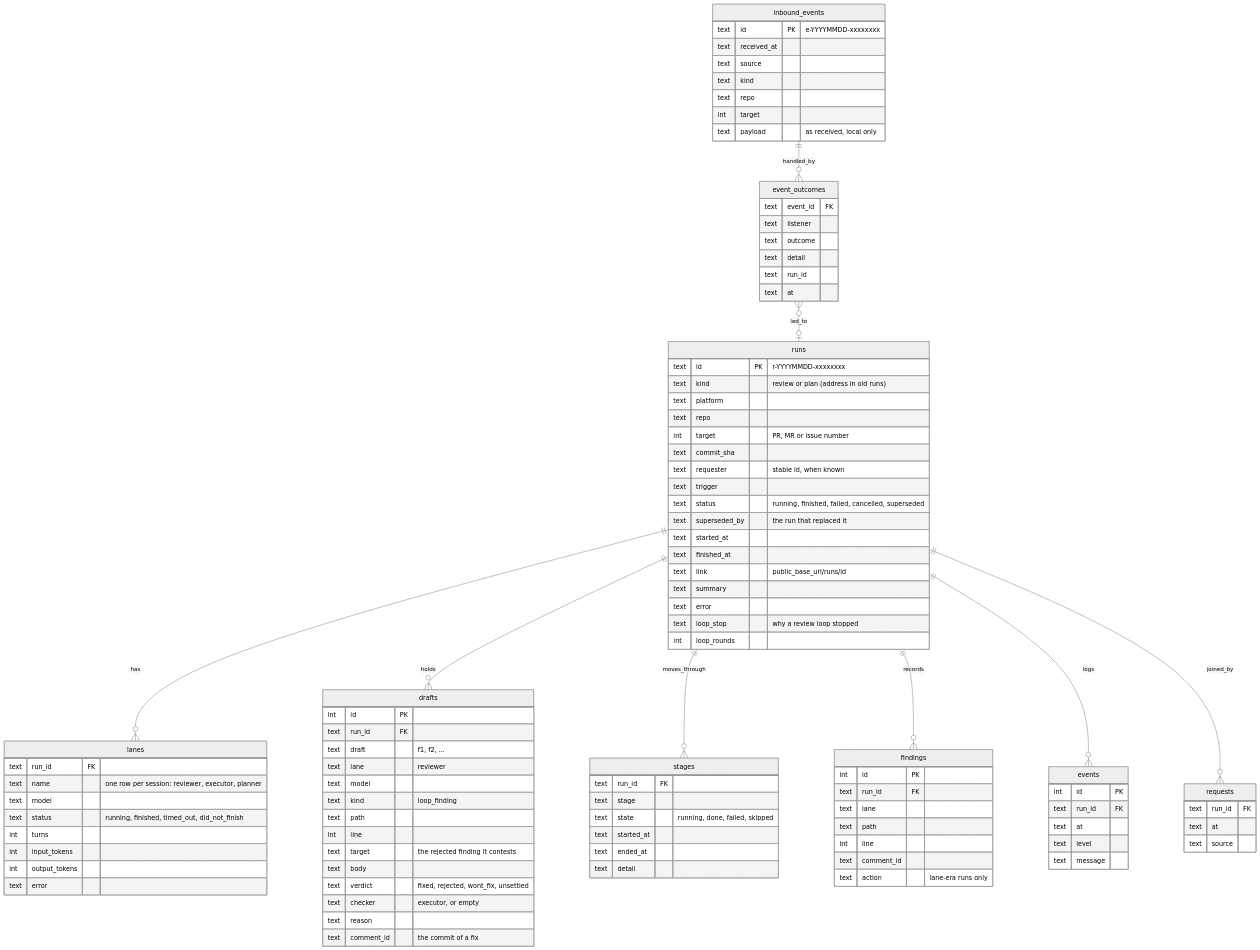
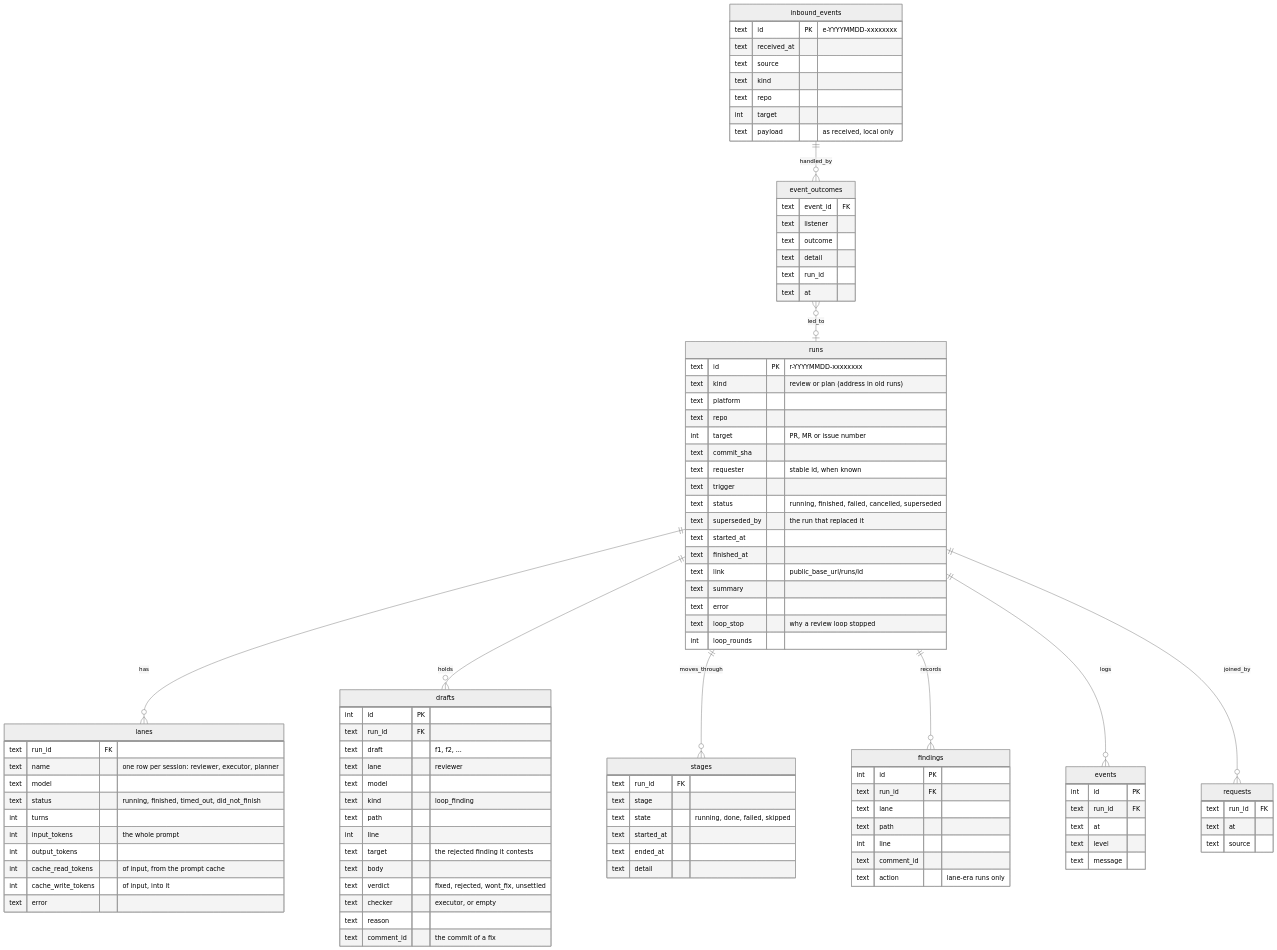
One commit to StephanMeijer/meneerhenk changed the tenth of 12 diagrams in ARCHITECTURE.md. Above: the diagram before and after it, drawn with Mermaid (neutral theme). The commit also changed other lines of this file and 32 other files, not shown here.

First line of the commit message:
feat(session): pairings keep their prompt cache warm, and every session records its cache

```diff
--- a/ARCHITECTURE.md
+++ b/ARCHITECTURE.md
@@ -717,8 +731,10 @@
         text model
         text status "running, finished, timed_out, did_not_finish"
         int turns
-        int input_tokens
+        int input_tokens "the whole prompt"
         int output_tokens
+        int cache_read_tokens "of input, from the prompt cache"
+        int cache_write_tokens "of input, into it"
         text error
     }
     drafts {
```
